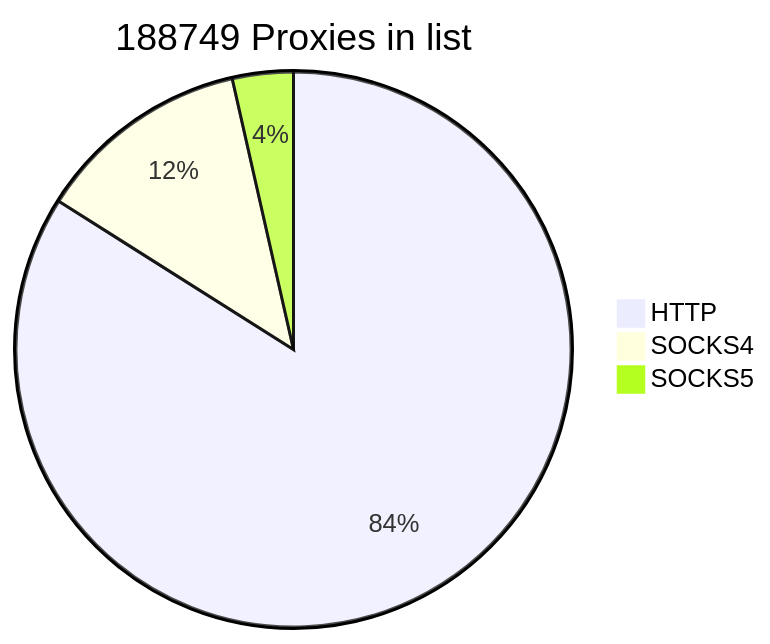
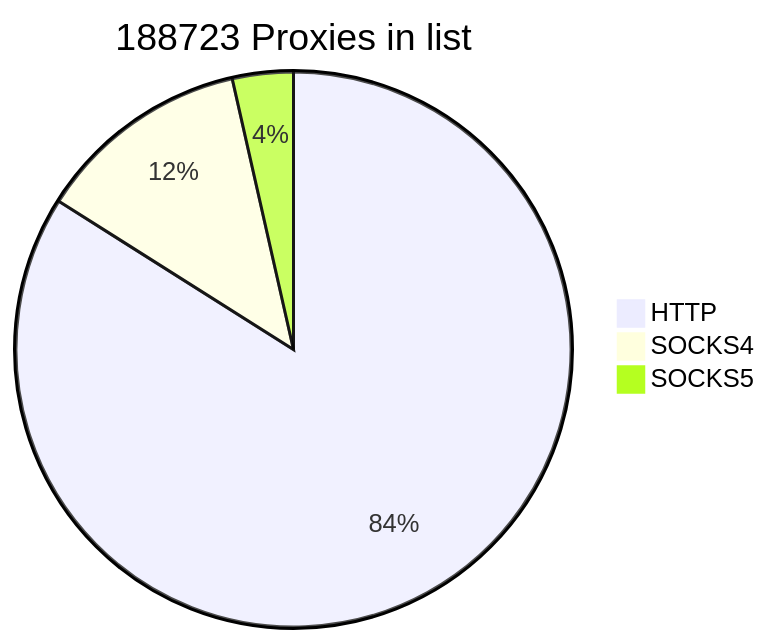
Before and after one commit to cutipu/proxylist: the first of 2 diagrams in README.md, drawn with Mermaid. The commit also changed other lines of this file, not shown here.

````diff
--- a/README.md
+++ b/README.md
@@ -2,7 +2,7 @@
 ```mermaid
-pie title 188749 Proxies in list
-    "HTTP" : 158490
-    "SOCKS4" : 23575
+pie title 188723 Proxies in list
+    "HTTP" : 158465
+    "SOCKS4" : 23574
     "SOCKS5" : 6684
             
 ```
````
